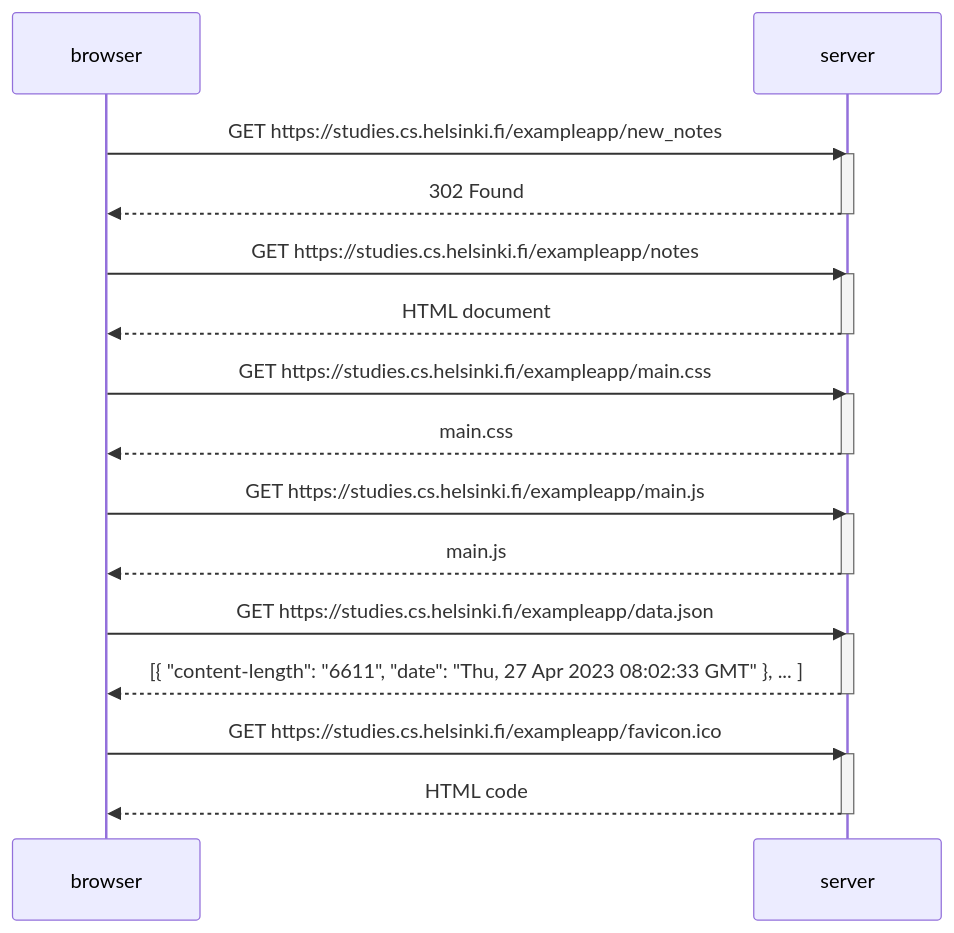
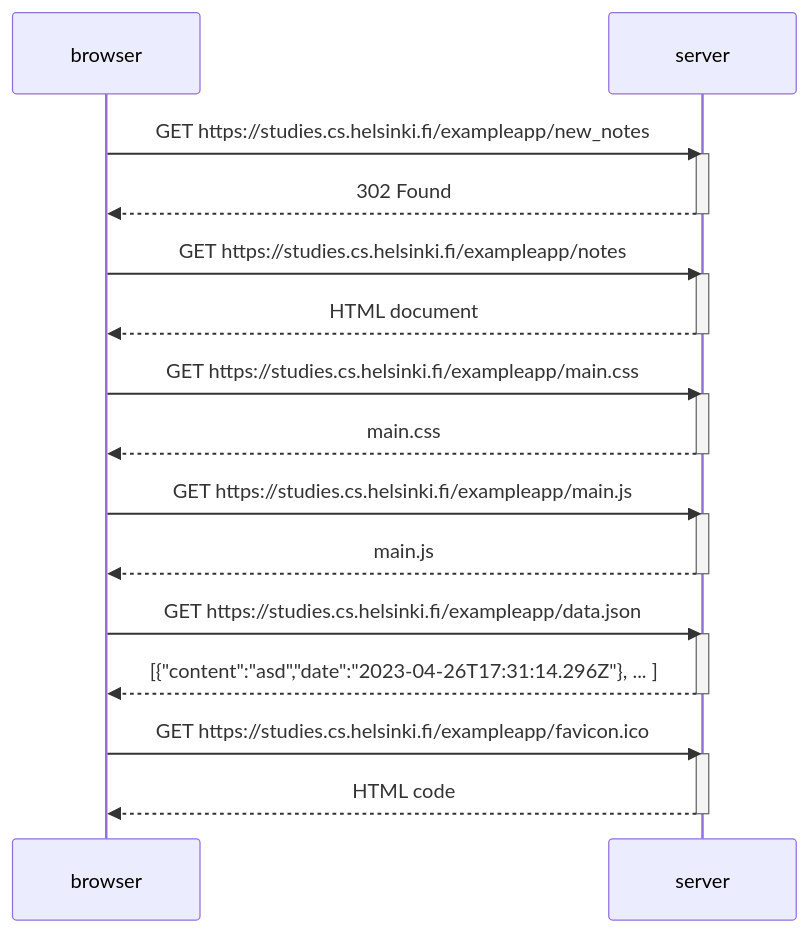
One commit to rimuhamu/fullstack-open changed the diagram in part0/0.4 New note.md. Above: the diagram before and after it, drawn with Mermaid.

Commit message:
Update 0.4 New note.md

````diff
--- a/part0/0.4 New note.md
+++ b/part0/0.4 New note.md
@@ -1,36 +1,36 @@
 ```mermaid
 sequenceDiagram
     participant browser
     participant server
 
     browser->>server: GET https://studies.cs.helsinki.fi/exampleapp/new_notes
     activate server
     server-->>browser: 302 Found
     deactivate server
 
     browser->>server: GET https://studies.cs.helsinki.fi/exampleapp/notes
     activate server
     server-->>browser: HTML document
     deactivate server
 
     browser->>server: GET https://studies.cs.helsinki.fi/exampleapp/main.css
     activate server
     server-->>browser: main.css
     deactivate server
     
     browser->>server: GET https://studies.cs.helsinki.fi/exampleapp/main.js
     activate server
     server-->>browser: main.js
     deactivate server
 
     browser->>server: GET https://studies.cs.helsinki.fi/exampleapp/data.json
     activate server
-    server-->>browser: [{ "content-length": "6611", "date": "Thu, 27 Apr 2023 08:02:33 GMT" }, ... ]
+    server-->>browser: [{"content":"asd","date":"2023-04-26T17:31:14.296Z"}, ... ]
     deactivate server
     
     browser->>server: GET https://studies.cs.helsinki.fi/exampleapp/favicon.ico
     activate server
     server-->>browser: HTML code
     deactivate server
 
 ```
````
